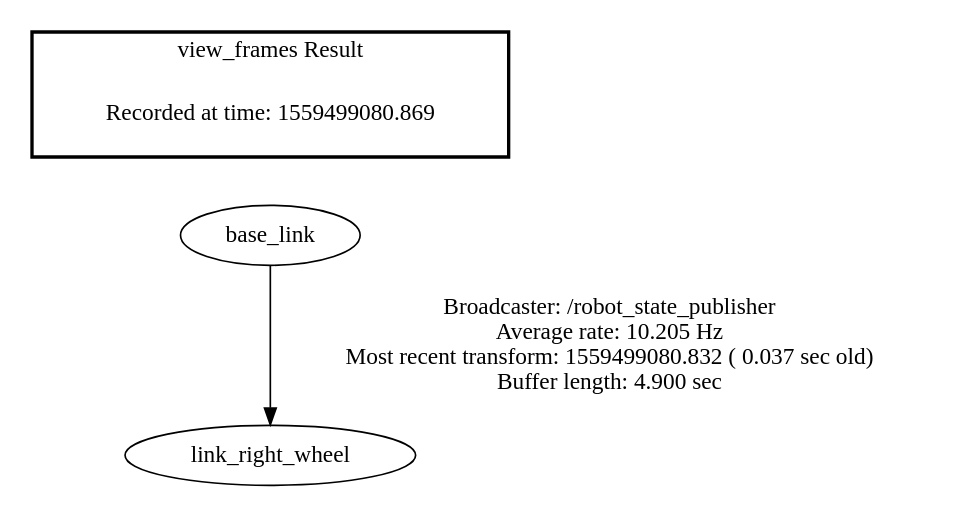
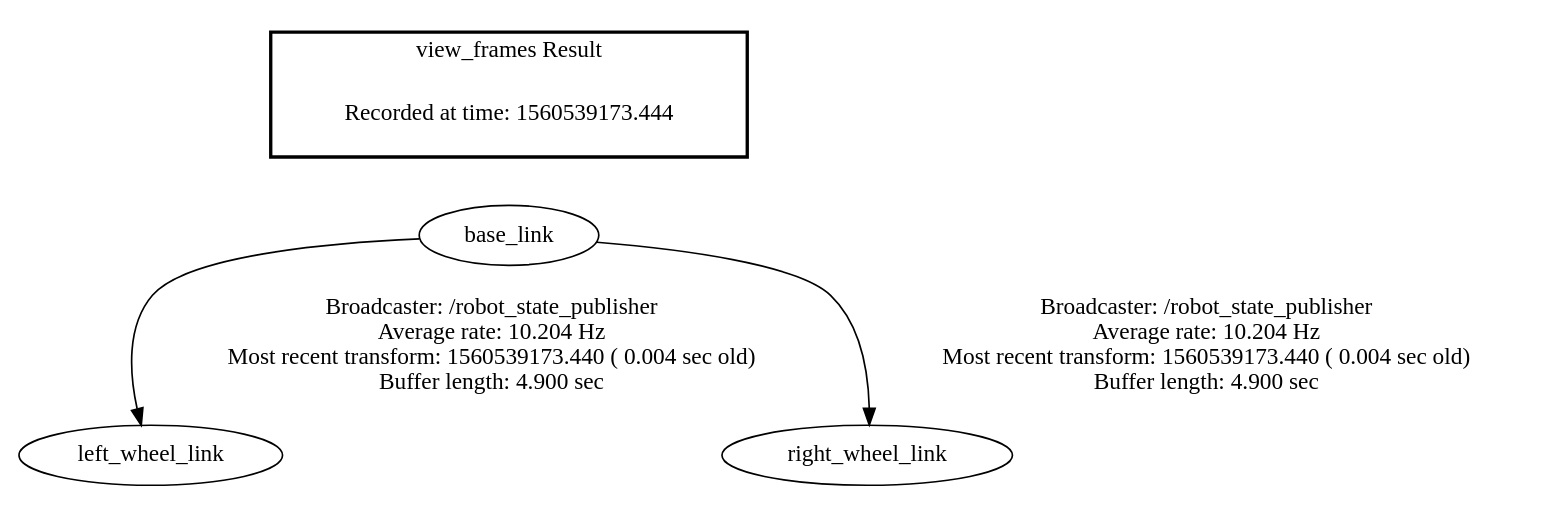
One commit to fayyazpocker/pocker_bot_vrep_description changed the diagram in tf/frames.gv. Above: the diagram before and after it, drawn with Graphviz. The commit also changed 1 other file, not shown here.

```diff
--- a/tf/frames.gv
+++ b/tf/frames.gv
@@ -1,7 +1,8 @@
 digraph G {
-"base_link" -> "link_right_wheel"[label="Broadcaster: /robot_state_publisher\nAverage rate: 10.205 Hz\nMost recent transform: 1559499080.832 ( 0.037 sec old)\nBuffer length: 4.900 sec\n"];
+"base_link" -> "left_wheel_link"[label="Broadcaster: /robot_state_publisher\nAverage rate: 10.204 Hz\nMost recent transform: 1560539173.440 ( 0.004 sec old)\nBuffer length: 4.900 sec\n"];
+"base_link" -> "right_wheel_link"[label="Broadcaster: /robot_state_publisher\nAverage rate: 10.204 Hz\nMost recent transform: 1560539173.440 ( 0.004 sec old)\nBuffer length: 4.900 sec\n"];
 edge [style=invis];
  subgraph cluster_legend { style=bold; color=black; label ="view_frames Result";
-"Recorded at time: 1559499080.869"[ shape=plaintext ] ;
+"Recorded at time: 1560539173.444"[ shape=plaintext ] ;
  }->"base_link";
 }
```
